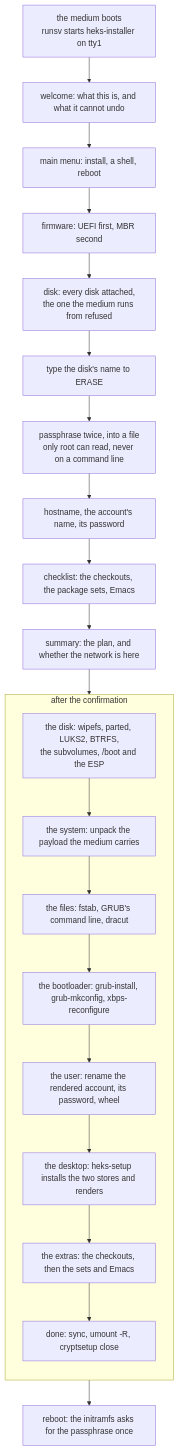
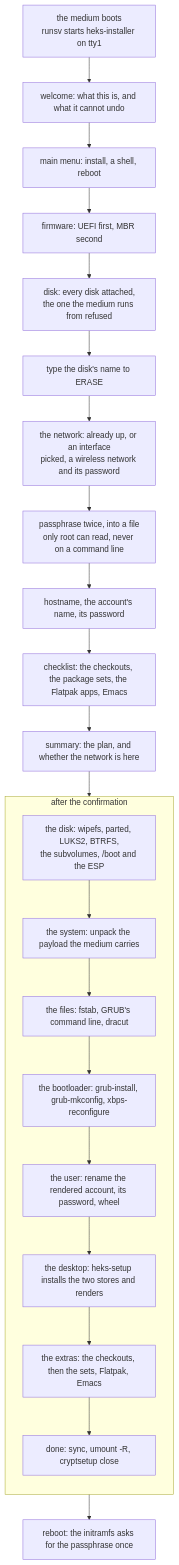
Before and after one commit to jjba23/heks-linux: the diagram in resources/diagrams/installer-flow.mmd, drawn with Mermaid. The commit also changed 12 other files, not shown here.

```diff
--- a/resources/diagrams/installer-flow.mmd
+++ b/resources/diagrams/installer-flow.mmd
@@ -1,26 +1,27 @@
 flowchart TD
   boot["the medium boots<br/>runsv starts heks-installer on tty1"] --> welcome
   welcome["welcome: what this is, and what it cannot undo"] --> menu
   menu["main menu: install, a shell, reboot"] --> mode
   mode["firmware: UEFI first, MBR second"] --> disk
-  disk["disk: every disk attached,<br/>the one the medium runs from refused"] --> confirm
-  confirm["type the disk's name to ERASE"] --> pass
+  disk["disk: every disk attached,<br/>the one the medium runs from refused"] --> erase
+  erase["type the disk's name to ERASE"] --> net
+  net["the network: already up, or an interface<br/>picked, a wireless network and its password"] --> pass
   pass["passphrase twice, into a file<br/>only root can read, never on a command line"] --> identity
   identity["hostname, the account's name, its password"] --> extras
-  extras["checklist: the checkouts, the package sets, Emacs"] --> summary
+  extras["checklist: the checkouts, the package sets, the Flatpak apps, Emacs"] --> summary
   summary["summary: the plan, and whether the network is here"] --> partition
 
   subgraph work["after the confirmation"]
     direction TB
     partition["the disk: wipefs, parted, LUKS2, BTRFS,<br/>the subvolumes, /boot and the ESP"]
     unpack["the system: unpack the payload the medium carries"]
     files["the files: fstab, GRUB's command line, dracut"]
     loader["the bootloader: grub-install, grub-mkconfig, xbps-reconfigure"]
     account["the user: rename the rendered account, its password, wheel"]
     desktop["the desktop: heks-setup installs the two stores and renders"]
-    chosen["the extras: the checkouts, then the sets and Emacs"]
+    chosen["the extras: the checkouts, then the sets, Flatpak, Emacs"]
     done["done: sync, umount -R, cryptsetup close"]
     partition --> unpack --> files --> loader --> account --> desktop --> chosen --> done
   end
 
   done --> reboot["reboot: the initramfs asks for the passphrase once"]
```
